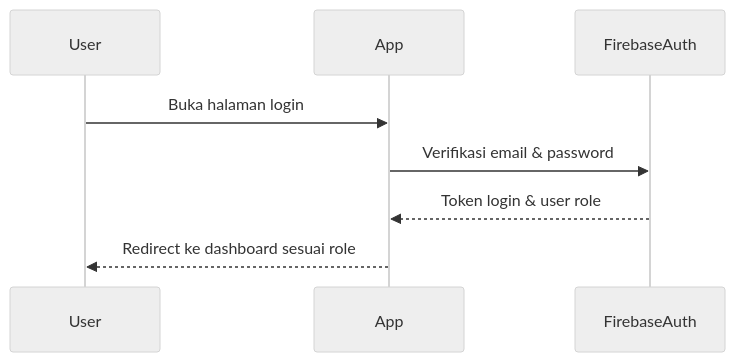
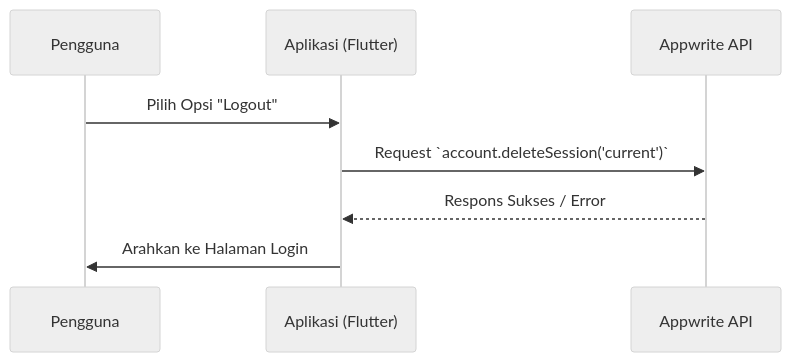
Before and after one commit to m-gilang-1248/gsports_md: the third of 7 diagrams in dokumen_srs-[Gilang-221240001248].md, drawn with Mermaid (neutral theme). The commit also changed other lines of this file and 1 other file, not shown here.

````diff
--- a/dokumen_srs-[Gilang-221240001248].md
+++ b/dokumen_srs-[Gilang-221240001248].md
@@ -106,11 +128,11 @@
-```mermaid
-sequenceDiagram
-    participant User
-    participant App
-    participant FirebaseAuth
+    ```mermaid
+    sequenceDiagram
+        participant P as Pengguna
+        participant App as Aplikasi (Flutter)
+        participant API as Appwrite API
 
-    User->>App: Buka halaman login
-    App->>FirebaseAuth: Verifikasi email & password
-    FirebaseAuth-->>App: Token login & user role
-    App-->>User: Redirect ke dashboard sesuai role
-```
+        P->>App: Pilih Opsi "Logout"
+        App->>API: Request `account.deleteSession('current')`
+        API-->>App: Respons Sukses / Error
+        App->>P: Arahkan ke Halaman Login
+    ```
````
